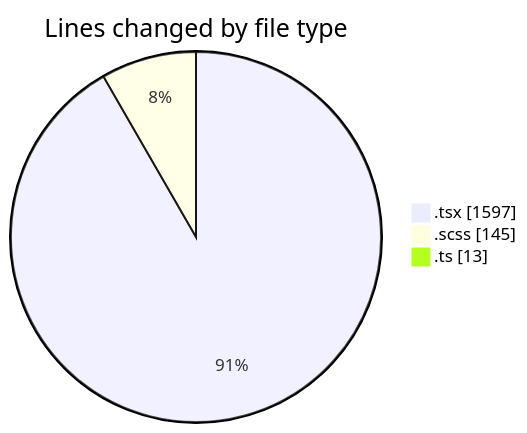
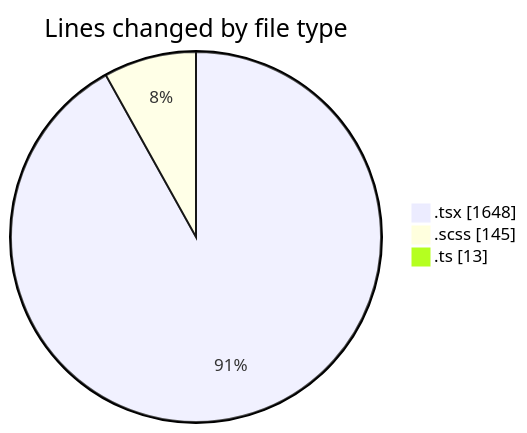
The first of 2 diagrams in 2025-03-20/cda/README.md (momahboobian/code-tracking), drawn with Mermaid before and after one commit. The commit also changed other lines of this file and 1 other file, not shown here.

````diff
--- a/2025-03-20/cda/README.md
+++ b/2025-03-20/cda/README.md
@@ -24,7 +25,7 @@
 ```mermaid
 pie showData
 title Lines changed by file type
-".tsx" : 1597
+".tsx" : 1648
 ".scss" : 145
 ".ts" : 13
 ```
````
